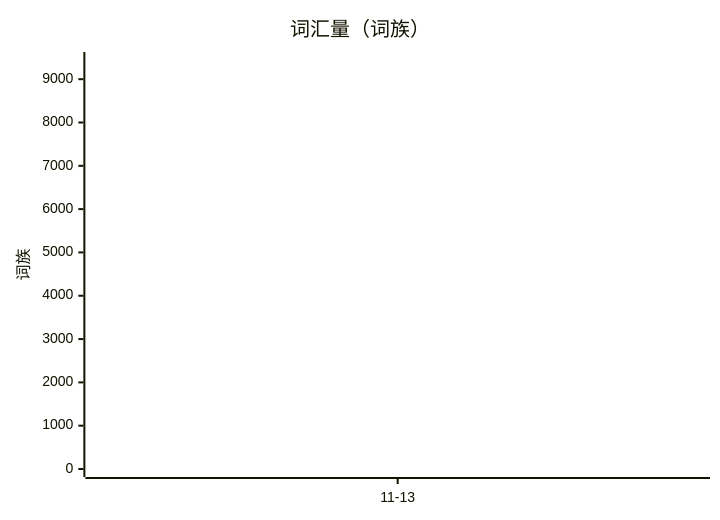
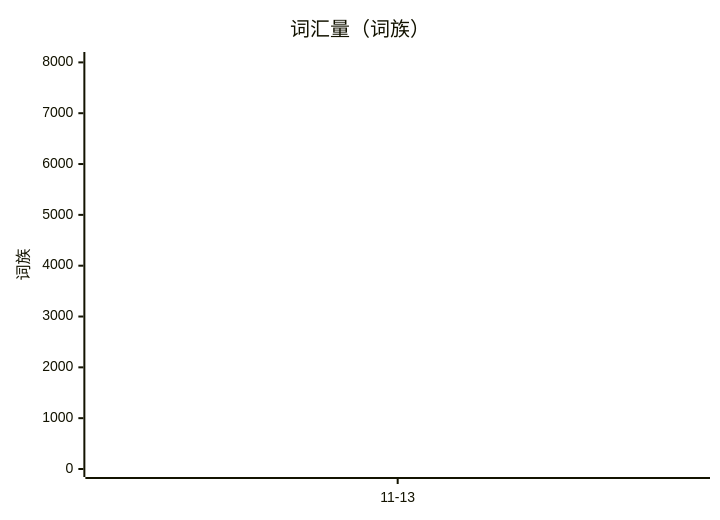
The diagram in README.md (Frank-Humingtao/english-profile), drawn with Mermaid before and after one commit. The commit also changed other lines of this file and 4 other files, not shown here.

````diff
--- a/README.md
+++ b/README.md
@@ -9,7 +9,7 @@
 ```mermaid
 xychart-beta
   title "词汇量（词族）"
   x-axis ["11-13"]
-  y-axis "词族" 0 --> 9443
-  line [6385]
+  y-axis "词族" 0 --> 8047
+  line [5630]
 ```
````
